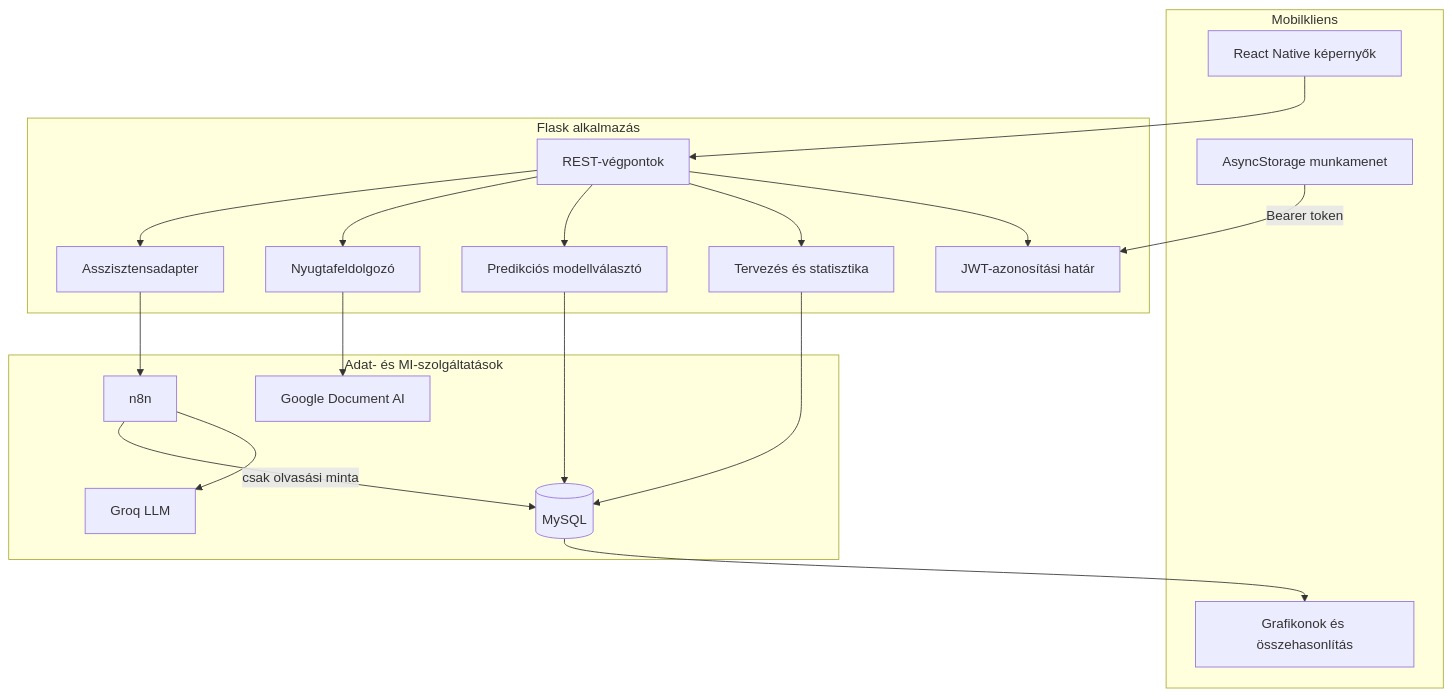
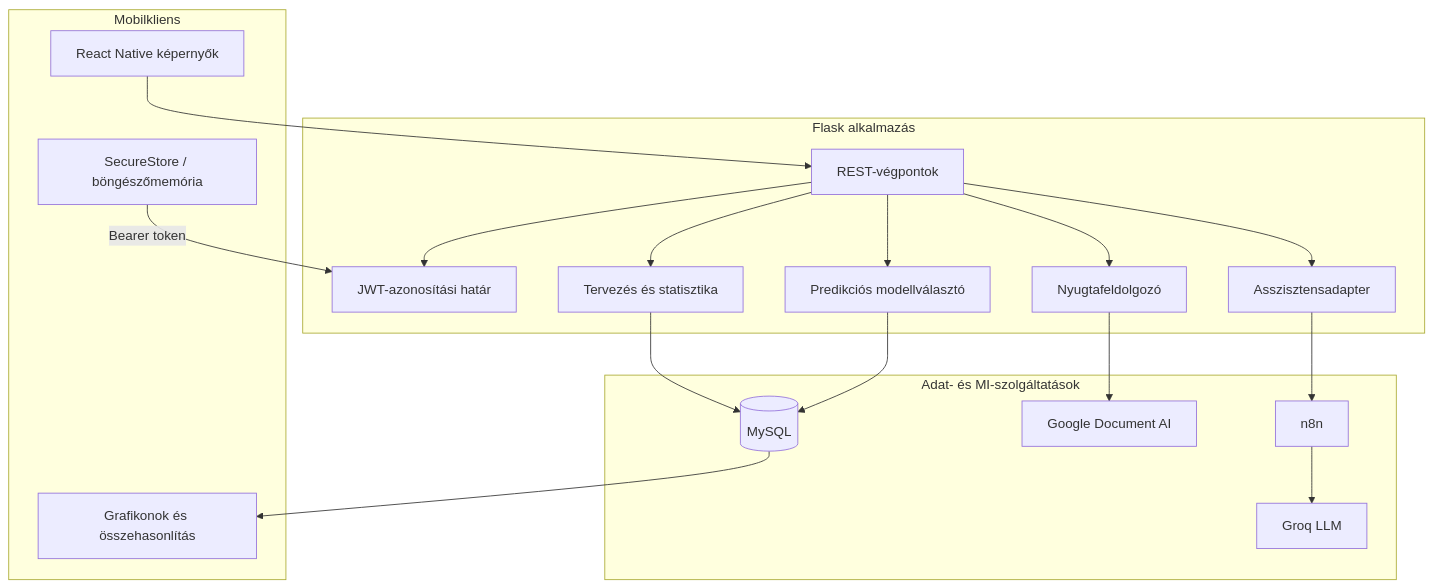
One commit to AntiBrs/myEnvelope changed the first of 2 diagrams in docs/ARCHITECTURE.hu.md. Above: the diagram before and after it, drawn with Mermaid. The commit also changed other lines of this file and 49 other files, not shown here.

````diff
--- a/docs/ARCHITECTURE.hu.md
+++ b/docs/ARCHITECTURE.hu.md
@@ -9,39 +9,38 @@
 ```mermaid
 flowchart TB
     subgraph Kliens[Mobilkliens]
       UI[React Native képernyők]
-      Session[AsyncStorage munkamenet]
+      Session[SecureStore / böngészőmemória]
       Charts[Grafikonok és összehasonlítás]
     end
 
     subgraph Backend[Flask alkalmazás]
       Routes[REST-végpontok]
       JWT[JWT-azonosítási határ]
       Business[Tervezés és statisztika]
       Prediction[Predikciós modellválasztó]
       Parser[Nyugtafeldolgozó]
       Chat[Asszisztensadapter]
     end
 
     subgraph Data[Adat- és MI-szolgáltatások]
       MySQL[(MySQL)]
       DocumentAI[Google Document AI]
       N8N[n8n]
       Groq[Groq LLM]
     end
 
     UI --> Routes
     Session -->|Bearer token| JWT
     Routes --> JWT
     Routes --> Business
     Routes --> Prediction
     Routes --> Parser
     Routes --> Chat
     Business --> MySQL
     Prediction --> MySQL
     Parser --> DocumentAI
     Chat --> N8N
     N8N --> Groq
-    N8N -->|csak olvasási minta| MySQL
     MySQL --> Charts
 ```
````
